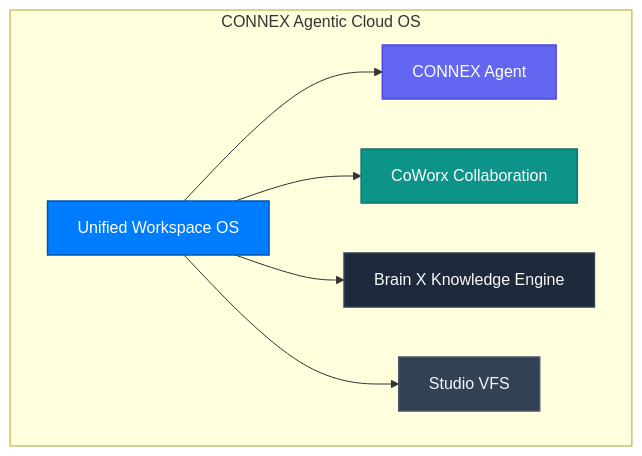
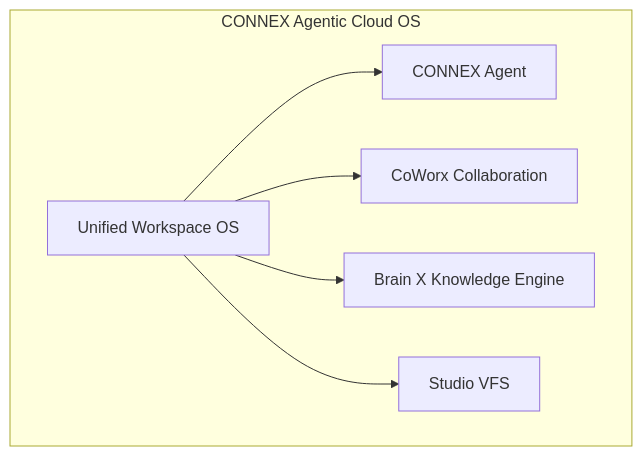
One commit to Connex-Brothers-Consulting-Group/cbcg-hs-connex-docs changed the diagram in get-started/overview.mdx. Above: the diagram before and after it, drawn with Mermaid. The commit also changed 24 other files, not shown here.

Commit message:
fix(docs): restore Lucide card icons, enforce transparent Mermaid line-art, add Cryptographic Kill Switch, and refine quiet luxury banner

````diff
--- a/get-started/overview.mdx
+++ b/get-started/overview.mdx
@@ -9,21 +9,15 @@
 ```mermaid
 graph TD
-    classDef primary fill:#007CFF,stroke:#0056B3,stroke-width:1.5px,color:#FFFFFF;
-    classDef enterprise fill:#1E293B,stroke:#334155,stroke-width:1.5px,color:#F8FAFC;
-    classDef accent fill:#0D9488,stroke:#0F766E,stroke-width:1.5px,color:#FFFFFF;
-    classDef storage fill:#334155,stroke:#475569,stroke-width:1.5px,color:#F1F5F9;
-    classDef ai fill:#6366F1,stroke:#4F46E5,stroke-width:1.5px,color:#FFFFFF;
-
-    subgraph Architecture ["CONNEX Agentic Cloud OS"]
-        OS["Unified Workspace OS"]:::primary
-        Agent["CONNEX Agent"]:::ai
-        CoWorx["CoWorx Collaboration"]:::accent
-        BrainX["Brain X Knowledge Engine"]:::enterprise
-        Studio["Studio VFS"]:::storage
+subgraph Architecture ["CONNEX Agentic Cloud OS"]
+        OS["Unified Workspace OS"]
+        Agent["CONNEX Agent"]
+        CoWorx["CoWorx Collaboration"]
+        BrainX["Brain X Knowledge Engine"]
+        Studio["Studio VFS"]
     end
 
     OS --> Agent
     OS --> CoWorx
     OS --> BrainX
     OS --> Studio
 ```
````
